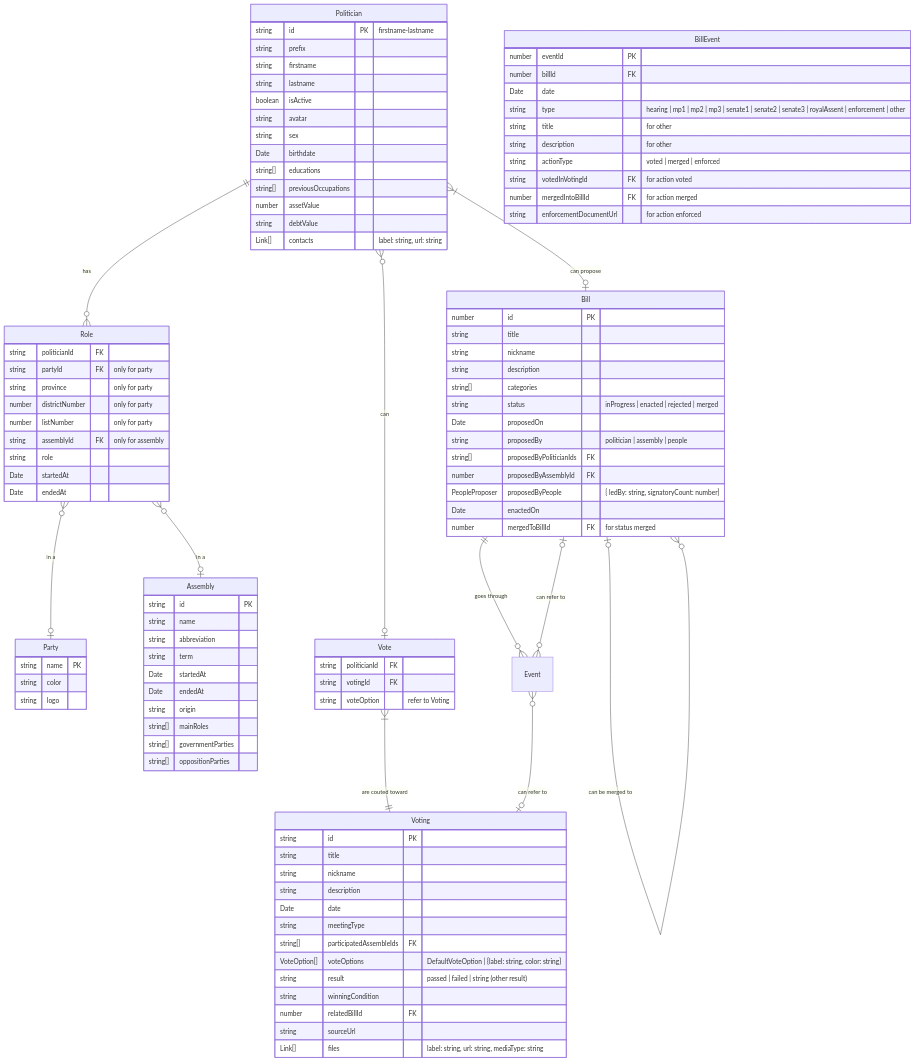
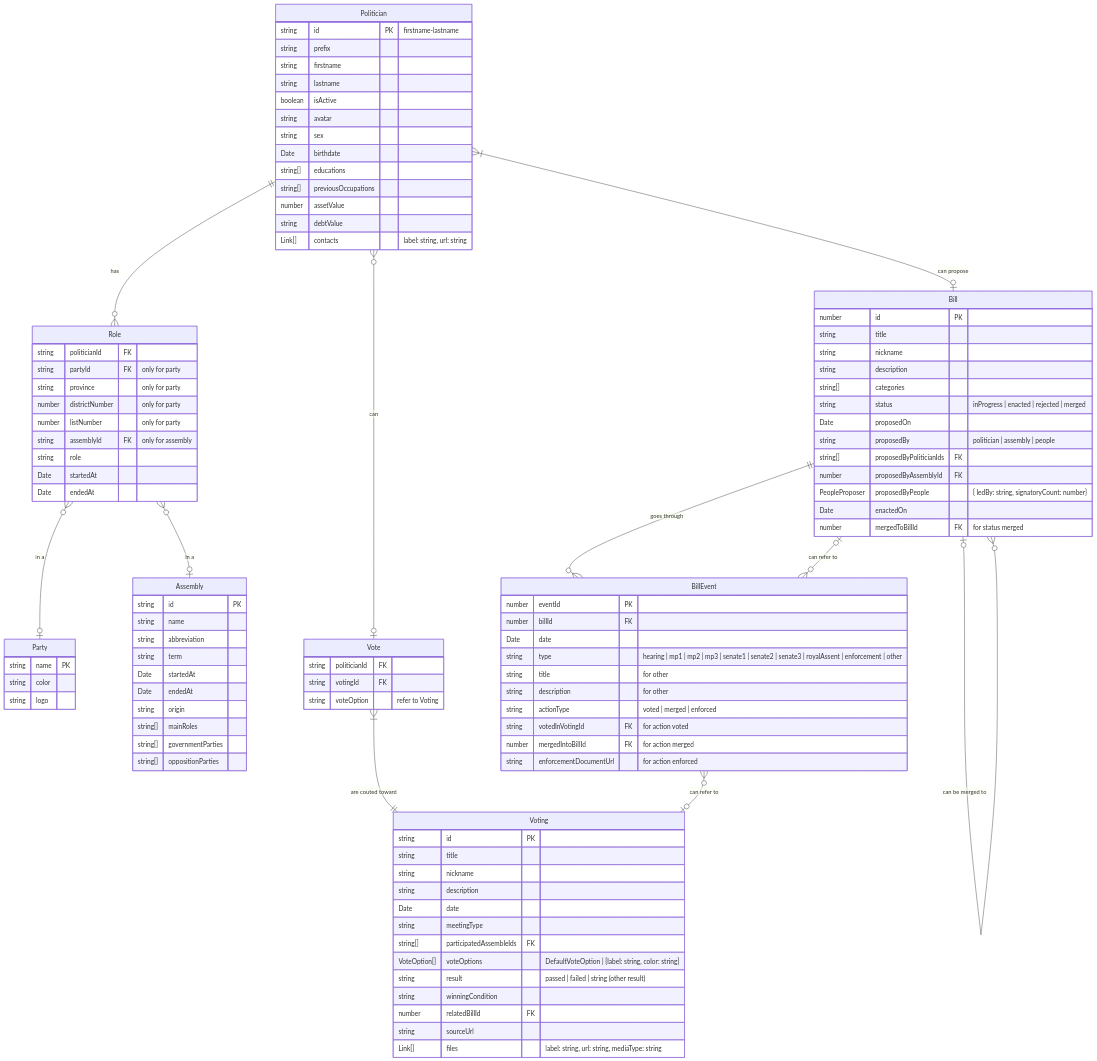
One commit to wevisdemo/parliament-watch changed the diagram in src/models/README.md. Above: the diagram before and after it, drawn with Mermaid. The commit also changed other lines of this file, not shown here.

Commit message:
fix: update generic Event -> BillEvent in data/README.md

```diff
--- a/src/models/README.md
+++ b/src/models/README.md
@@ -8,10 +8,10 @@
   Politician }o--o| Vote: "can"
   Politician }|--o| Bill: "can propose"
   Vote }|--|| Voting: "are couted toward"
-  Bill ||--o{ Event: "goes through"
+  Bill ||--o{ BillEvent: "goes through"
   Bill |o--o{ Bill: "can be merged to"
-  Event }o--o| Bill: "can refer to"
-  Event }o--o| Voting: "can refer to"
+  BillEvent }o--o| Bill: "can refer to"
+  BillEvent }o--o| Voting: "can refer to"
 
   Politician {
     string id PK "firstname-lastname"
```
